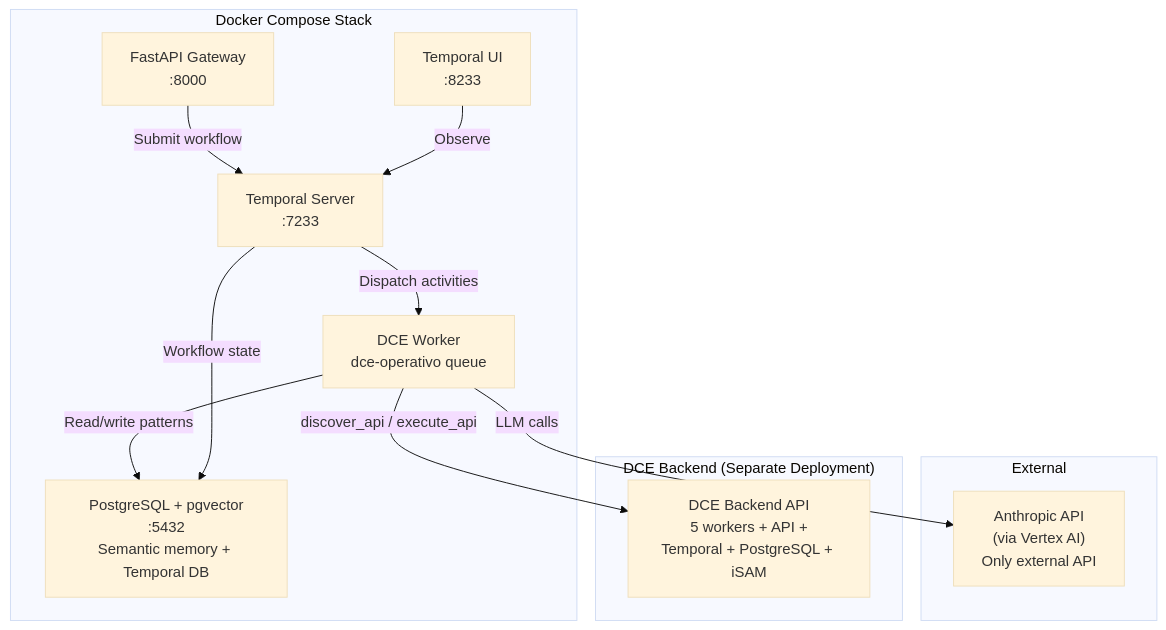
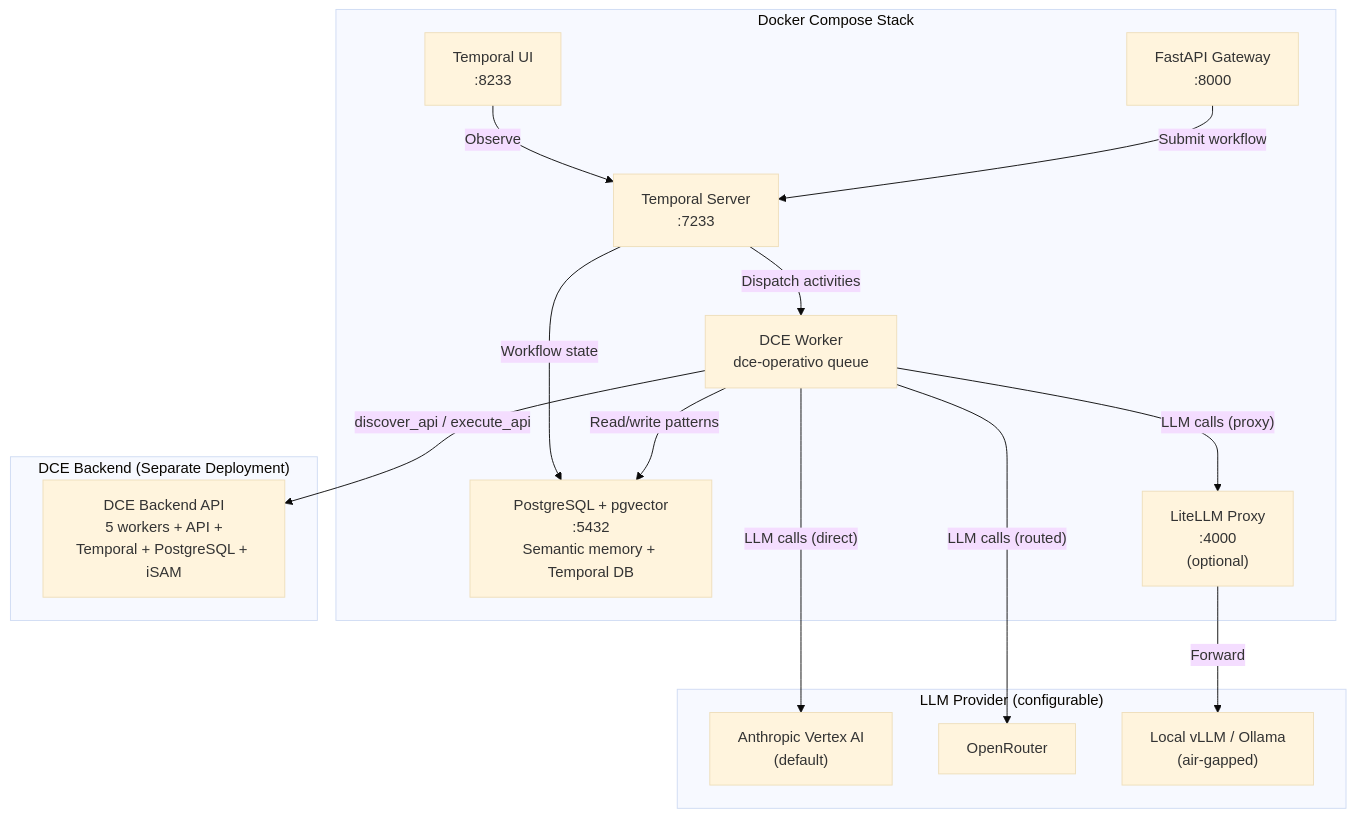
The seventh of 7 diagrams in docs/ARCHITECTURE.md (fierro-ltd/simuladores), drawn with Mermaid (base theme) before and after one commit. The commit also changed other lines of this file and 4 other files, not shown here.

First line of the commit message:
docs: update documentation to reflect v4.0 multi-provider architecture

````diff
--- a/docs/ARCHITECTURE.md
+++ b/docs/ARCHITECTURE.md
@@ -469,26 +482,32 @@
 ```mermaid
 graph TB
     subgraph "Docker Compose Stack"
         PG["PostgreSQL + pgvector<br/>:5432<br/>Semantic memory + Temporal DB"]
         TMP["Temporal Server<br/>:7233"]
         TUI["Temporal UI<br/>:8233"]
         WK["DCE Worker<br/>dce-operativo queue"]
         GW["FastAPI Gateway<br/>:8000"]
+        LLM_GW["LiteLLM Proxy<br/>:4000<br/>(optional)"]
     end
 
-    subgraph "External"
-        ANTH["Anthropic API<br/>(via Vertex AI)<br/>Only external API"]
+    subgraph "LLM Provider (configurable)"
+        ANTH["Anthropic Vertex AI<br/>(default)"]
+        OR["OpenRouter"]
+        LOCAL["Local vLLM / Ollama<br/>(air-gapped)"]
     end
 
     subgraph "DCE Backend (Separate Deployment)"
         CPCR["DCE Backend API<br/>5 workers + API +<br/>Temporal + PostgreSQL + iSAM"]
     end
 
     GW -->|"Submit workflow"| TMP
     TMP -->|"Dispatch activities"| WK
-    WK -->|"LLM calls"| ANTH
+    WK -->|"LLM calls (direct)"| ANTH
+    WK -->|"LLM calls (routed)"| OR
+    WK -->|"LLM calls (proxy)"| LLM_GW
+    LLM_GW -->|"Forward"| LOCAL
     WK -->|"discover_api / execute_api"| CPCR
     WK -->|"Read/write patterns"| PG
     TMP -->|"Workflow state"| PG
     TUI -->|"Observe"| TMP
 ```
````
